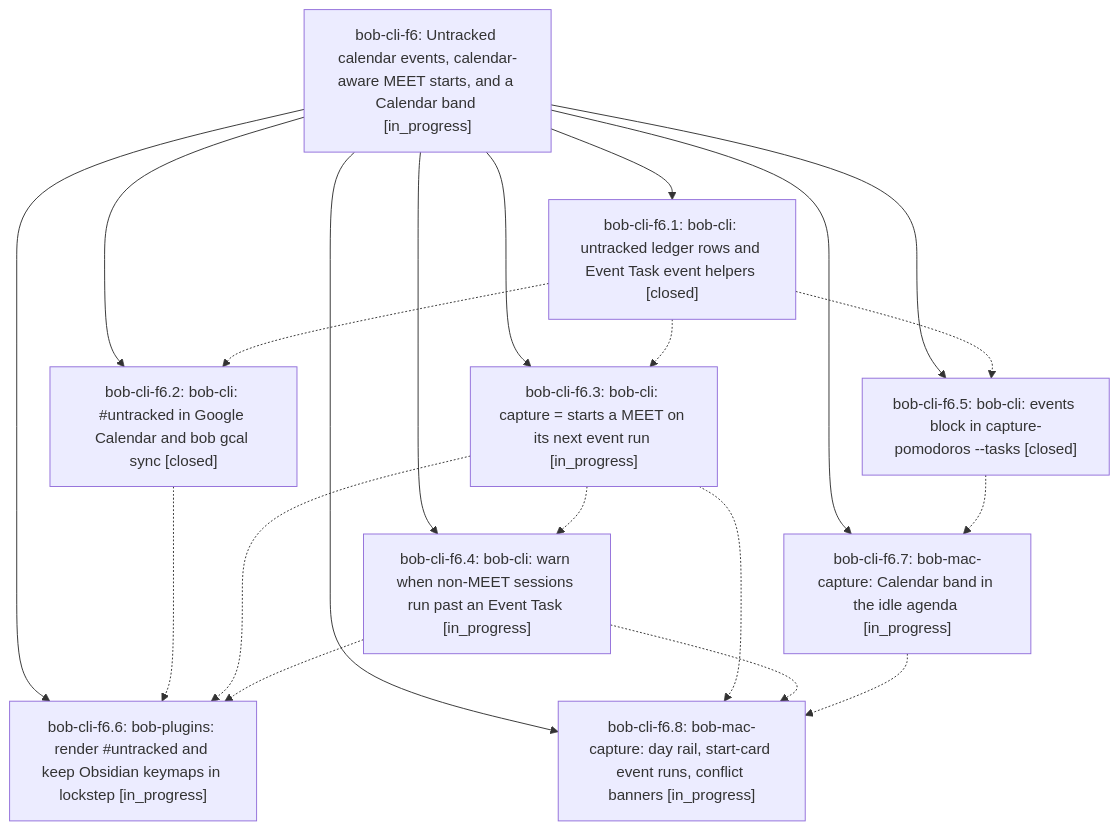
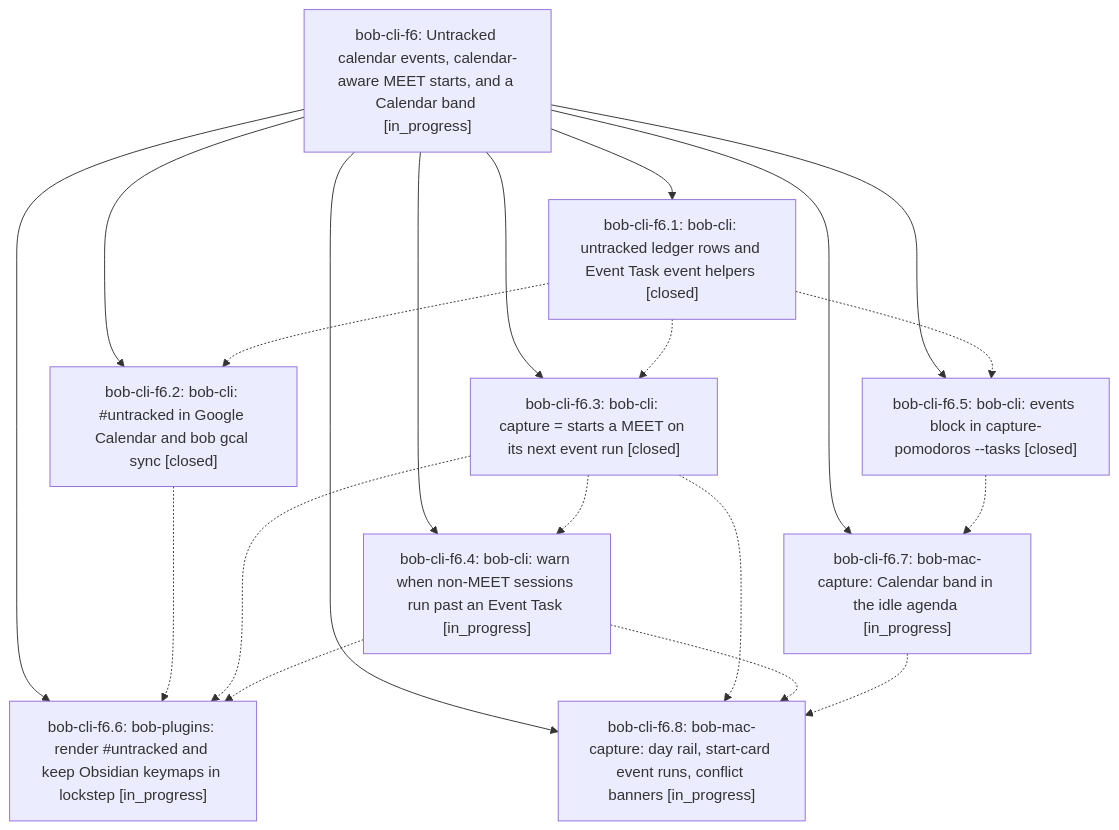
The diagram in pages/bob-cli-f6/README.md (bobs-org/bob-cli--beads), drawn with Mermaid before and after one commit. The commit also changed other lines of this file and 6 other files, not shown here.

First line of the commit message:
chore(beads): sync bead state and pages for bob-cli-f6

````diff
--- a/pages/bob-cli-f6/README.md
+++ b/pages/bob-cli-f6/README.md
@@ -41,31 +41,31 @@
 ```mermaid
 flowchart TD
     n0["bob-cli-f6: Untracked calendar events, calendar-aware MEET starts, and a Calendar band [in_progress]"]
     n1["bob-cli-f6.1: bob-cli: untracked ledger rows and Event Task event helpers [closed]"]
     n2["bob-cli-f6.2: bob-cli: #untracked in Google Calendar and bob gcal sync [closed]"]
-    n3["bob-cli-f6.3: bob-cli: capture = starts a MEET on its next event run [in_progress]"]
+    n3["bob-cli-f6.3: bob-cli: capture = starts a MEET on its next event run [closed]"]
     n4["bob-cli-f6.4: bob-cli: warn when non-MEET sessions run past an Event Task [in_progress]"]
     n5["bob-cli-f6.5: bob-cli: events block in capture-pomodoros --tasks [closed]"]
     n6["bob-cli-f6.6: bob-plugins: render #untracked and keep Obsidian keymaps in lockstep [in_progress]"]
     n7["bob-cli-f6.7: bob-mac-capture: Calendar band in the idle agenda [in_progress]"]
     n8["bob-cli-f6.8: bob-mac-capture: day rail, start-card event runs, conflict banners [in_progress]"]
     n0 --> n1
     n0 --> n2
     n0 --> n3
     n0 --> n4
     n0 --> n5
     n0 --> n6
     n0 --> n7
     n0 --> n8
     n1 -.-> n2
     n1 -.-> n3
     n1 -.-> n5
     n2 -.-> n6
     n3 -.-> n4
     n3 -.-> n6
     n3 -.-> n8
     n4 -.-> n6
     n4 -.-> n8
     n5 -.-> n7
     n7 -.-> n8
 ```
````
